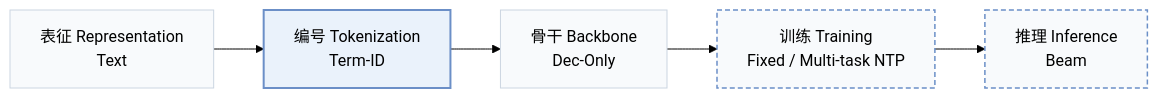
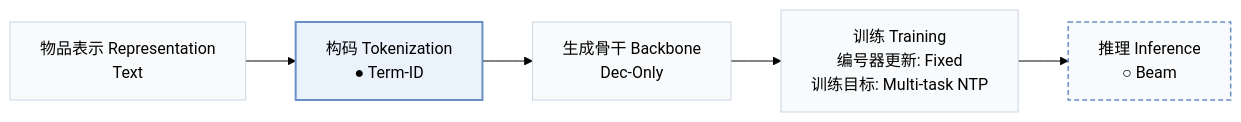
Before and after one commit to Galaxy-ghost/Awesome-SID-Generative-Rec: the first of 3 diagrams in pages/zh/papers/grlm.md, drawn with Mermaid (forest theme). The commit also changed other lines of this file and 558 other files, not shown here.

````diff
--- a/pages/zh/papers/grlm.md
+++ b/pages/zh/papers/grlm.md
@@ -15,10 +19,10 @@
 ```mermaid
 flowchart LR
-    R["表征 Representation<br/>Text"] --> T["编号 Tokenization<br/>Term-ID"] --> B["骨干 Backbone<br/>Dec-Only"] --> TR["训练 Training<br/>Fixed / Multi-task NTP"] --> I["推理 Inference<br/>Beam"]
+    R["物品表示 Representation<br/>Text"] --> T["构码 Tokenization<br/>● Term-ID"] --> B["生成骨干 Backbone<br/>Dec-Only"] --> TR["训练 Training<br/>编号器更新: Fixed<br/>训练目标: Multi-task NTP"] --> I["推理 Inference<br/>○ Beam"]
     classDef base fill:#f8fafc,stroke:#cbd5e1
     class R,T,B,TR,I base
-    classDef also fill:#f8fafc,stroke:#6b8fc7,stroke-width:1.5px,stroke-dasharray:5 3
-    class TR,I also
+    classDef other fill:#f8fafc,stroke:#6b8fc7,stroke-width:1.5px,stroke-dasharray:5 3
+    class I other
     classDef main fill:#eaf2fb,stroke:#6b8fc7,stroke-width:2px
     class T main
 ```
````
